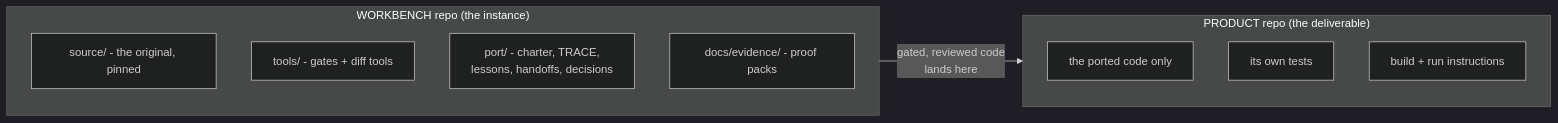
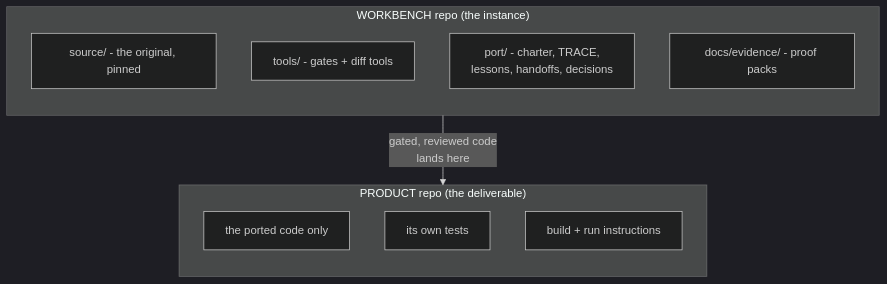
The second of 6 diagrams in methodology.md (ecmwf/chisel), drawn with Mermaid (dark theme) before and after one commit. The commit also changed other lines of this file, not shown here.

First line of the commit message:
docs(methodology): make the wide flowcharts vertical (TD) for readability

````diff
--- a/methodology.md
+++ b/methodology.md
@@ -103,17 +103,17 @@
 ```mermaid
-flowchart LR
+flowchart TD
   subgraph WB["WORKBENCH repo (the instance)"]
     direction TB
     SRC["source/ - the original, pinned"]
     TOOL["tools/ - gates + diff tools"]
     STATE["port/ - charter, TRACE,<br/>lessons, handoffs, decisions"]
     EVID["docs/evidence/ - proof packs"]
   end
   subgraph PROD["PRODUCT repo (the deliverable)"]
     direction TB
     CODE["the ported code only"]
     TESTS["its own tests"]
     README["build + run instructions"]
   end
   WB -- "gated, reviewed code<br/>lands here" --> PROD
 ```
````
